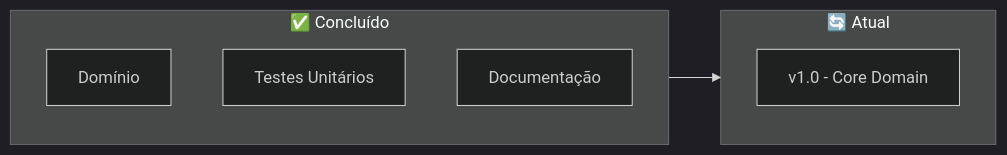
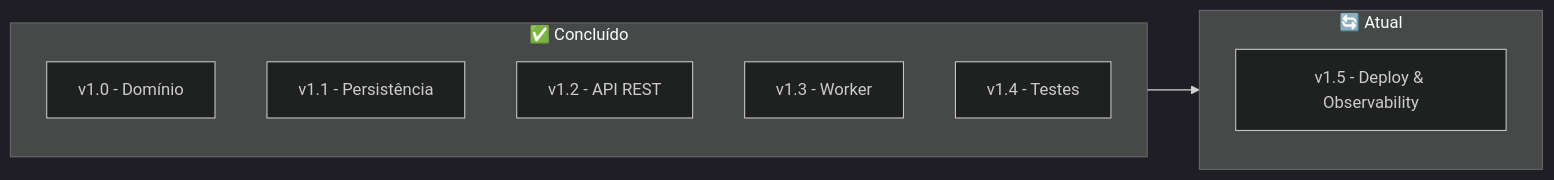
Before and after one commit to nelson1987/desafio-cashflow: the first of 5 diagrams in docs/ROADMAP.md, drawn with Mermaid (dark theme). The commit also changed other lines of this file and 3 other files, not shown here.

````diff
--- a/docs/ROADMAP.md
+++ b/docs/ROADMAP.md
@@ -7,14 +7,16 @@
 ```mermaid
 flowchart LR
     subgraph Done["✅ Concluído"]
-        D1["Domínio"]
-        D2["Testes Unitários"]
-        D3["Documentação"]
+        D1["v1.0 - Domínio"]
+        D2["v1.1 - Persistência"]
+        D3["v1.2 - API REST"]
+        D4["v1.3 - Worker"]
+        D5["v1.4 - Testes"]
     end
     
     subgraph Current["🔄 Atual"]
-        C1["v1.0 - Core Domain"]
+        C1["v1.5 - Deploy & Observability"]
     end
     
     Done --> Current
 ```
````
